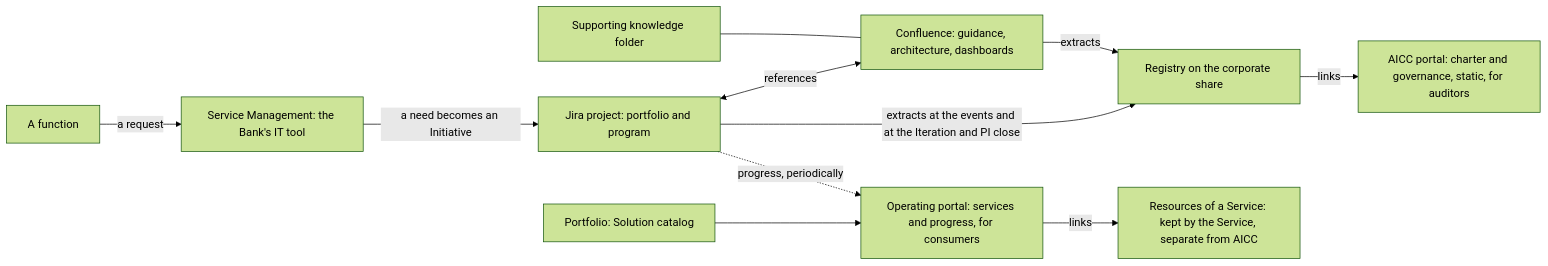
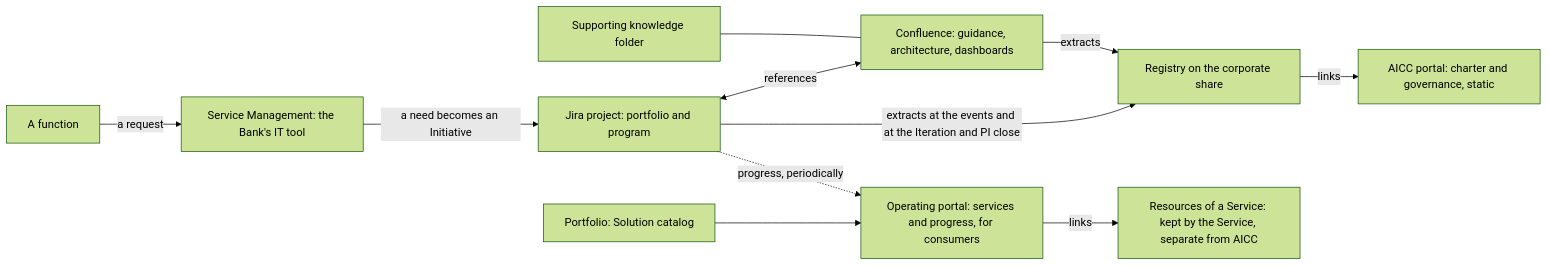
Before and after one commit to devhogu/ob-aicc: the diagram in charter/workflows/collaboration-tooling.md, drawn with Mermaid (forest theme). The commit also changed other lines of this file and 200 other files, not shown here.

````diff
--- a/charter/workflows/collaboration-tooling.md
+++ b/charter/workflows/collaboration-tooling.md
@@ -11,13 +11,13 @@
 ```mermaid
 flowchart LR
-  F["A function"] -->|a request| SM["Service Management: the Bank's IT tool"]
-  SM -->|a need becomes an Initiative| J["Jira project: portfolio and program"]
-  J <-->|references| C["Confluence: guidance, architecture, dashboards"]
+  F["A function"] -->|"a request"| SM["Service Management: the Bank's IT tool"]
+  SM -->|"a need becomes an Initiative"| J["Jira project: portfolio and program"]
+  J <-->|"references"| C["Confluence: guidance, architecture, dashboards"]
   K["Supporting knowledge folder"] --- C
-  J -->|extracts at the events and at the Iteration and PI close| R["Registry on the corporate share"]
-  C -->|extracts| R
-  R -->|links| AP["AICC portal: charter and governance, static, for auditors"]
+  J -->|"extracts at the events and at the Iteration and PI close"| R["Registry on the corporate share"]
+  C -->|"extracts"| R
+  R -->|"links"| AP["AICC portal: charter and governance, static"]
   P["Portfolio: Solution catalog"] --> OP["Operating portal: services and progress, for consumers"]
-  J -.->|progress, periodically| OP
-  OP -->|links| SP["Resources of a Service: kept by the Service, separate from AICC"]
+  J -.->|"progress, periodically"| OP
+  OP -->|"links"| SP["Resources of a Service: kept by the Service, separate from AICC"]
 ```
````
